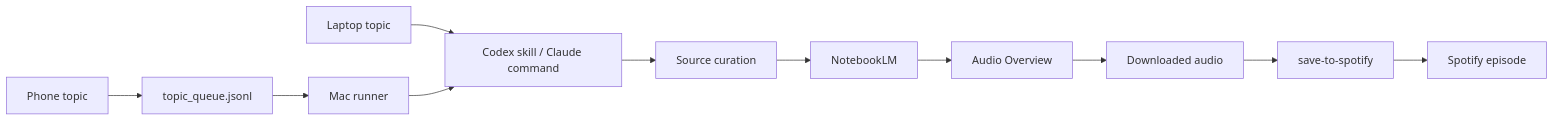
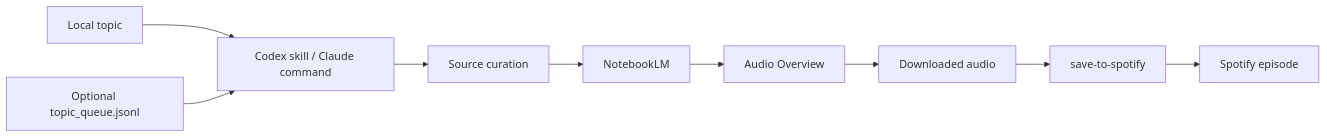
The diagram in README.md (romanlicursi/research-podcast-factory), drawn with Mermaid before and after one commit. The commit also changed other lines of this file and 10 other files, not shown here.

````diff
--- a/README.md
+++ b/README.md
@@ -239,13 +185,11 @@
 ```mermaid
 flowchart LR
-  Phone["Phone topic"] --> Queue["topic_queue.jsonl"]
-  Laptop["Laptop topic"] --> Skill["Codex skill / Claude command"]
-  Queue --> Runner["Mac runner"]
-  Runner --> Skill
+  Topic["Local topic"] --> Skill["Codex skill / Claude command"]
+  Queue["Optional topic_queue.jsonl"] --> Skill
   Skill --> Sources["Source curation"]
   Sources --> Notebook["NotebookLM"]
   Notebook --> Audio["Audio Overview"]
   Audio --> File["Downloaded audio"]
-  File --> Spotify["save-to-spotify"]
-  Spotify --> Episode["Spotify episode"]
+  File --> SpotifyCli["save-to-spotify"]
+  SpotifyCli --> Episode["Spotify episode"]
 ```
````
